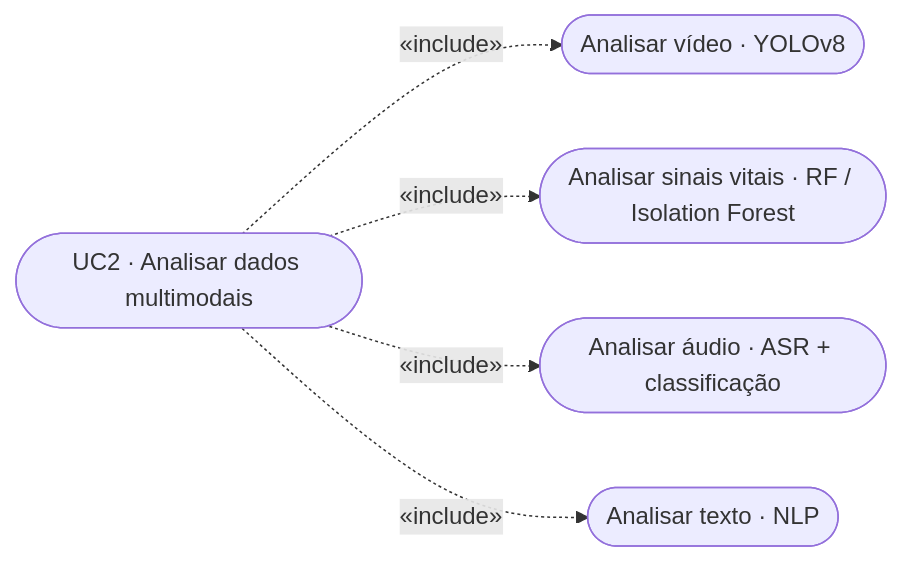
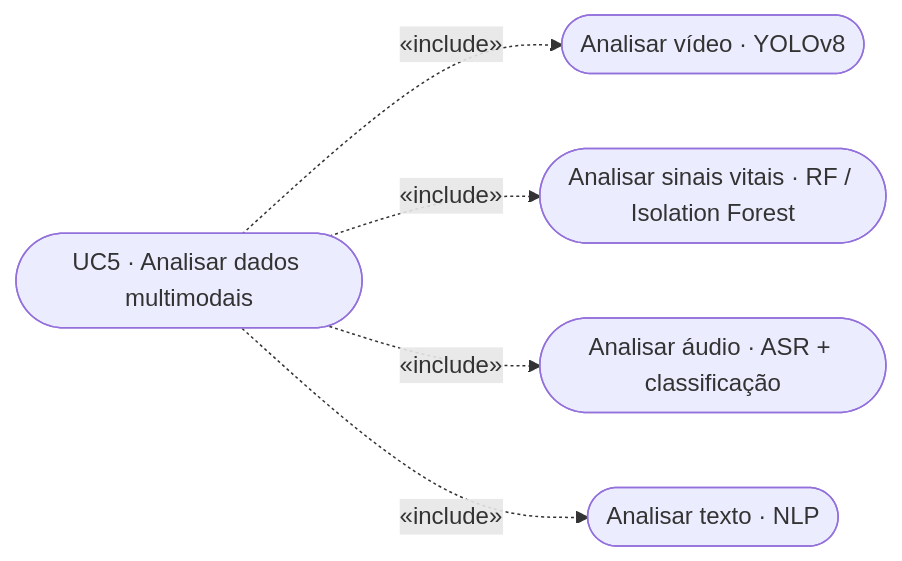
One commit to nurycaroline/8iadt-tc-fase4 changed the second of 3 diagrams in docs/casos-de-uso.md. Above: the diagram before and after it, drawn with Mermaid. The commit also changed other lines of this file and 4 other files, not shown here.

````diff
--- a/docs/casos-de-uso.md
+++ b/docs/casos-de-uso.md
@@ -55,13 +70,13 @@
 ```mermaid
 flowchart LR
-    UC2(["UC2 · Analisar dados multimodais"])
+    UC5(["UC5 · Analisar dados multimodais"])
     A1(["Analisar vídeo · YOLOv8"])
     A2(["Analisar sinais vitais · RF / Isolation Forest"])
     A3(["Analisar áudio · ASR + classificação"])
     A4(["Analisar texto · NLP"])
 
-    UC2 -. «include» .-> A1
-    UC2 -. «include» .-> A2
-    UC2 -. «include» .-> A3
-    UC2 -. «include» .-> A4
+    UC5 -. «include» .-> A1
+    UC5 -. «include» .-> A2
+    UC5 -. «include» .-> A3
+    UC5 -. «include» .-> A4
 ```
````
